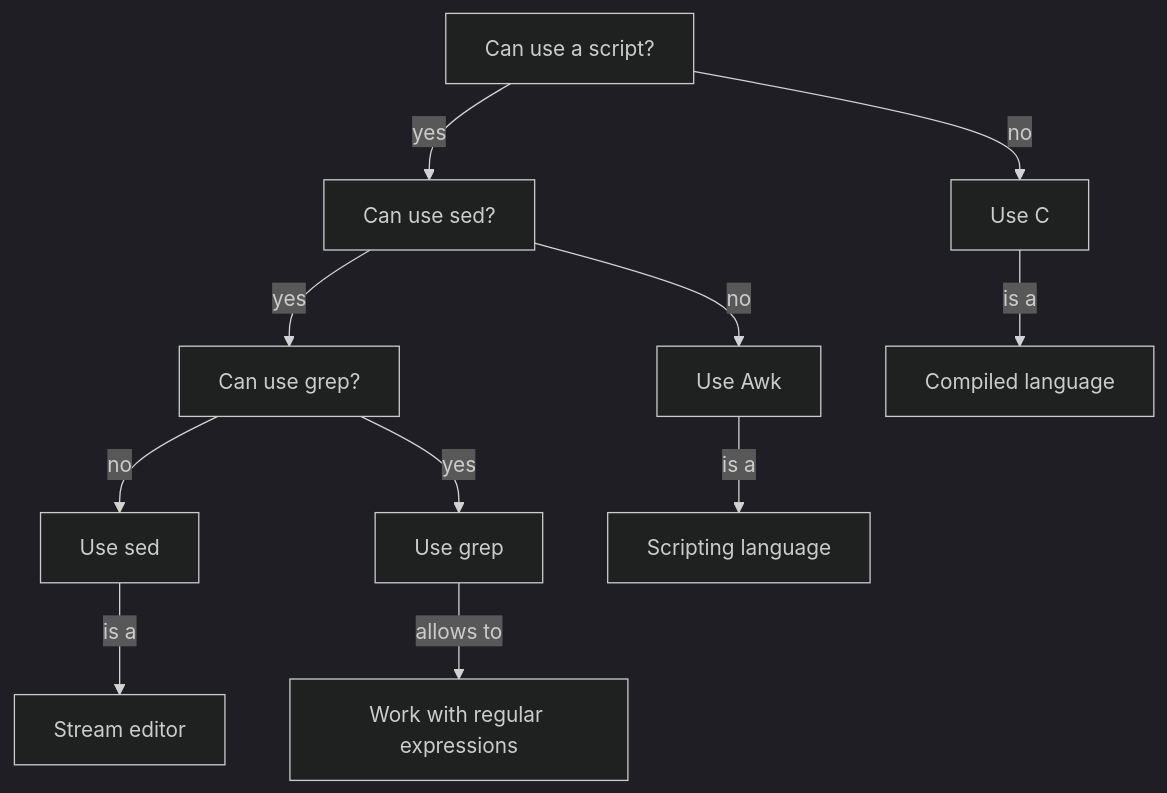
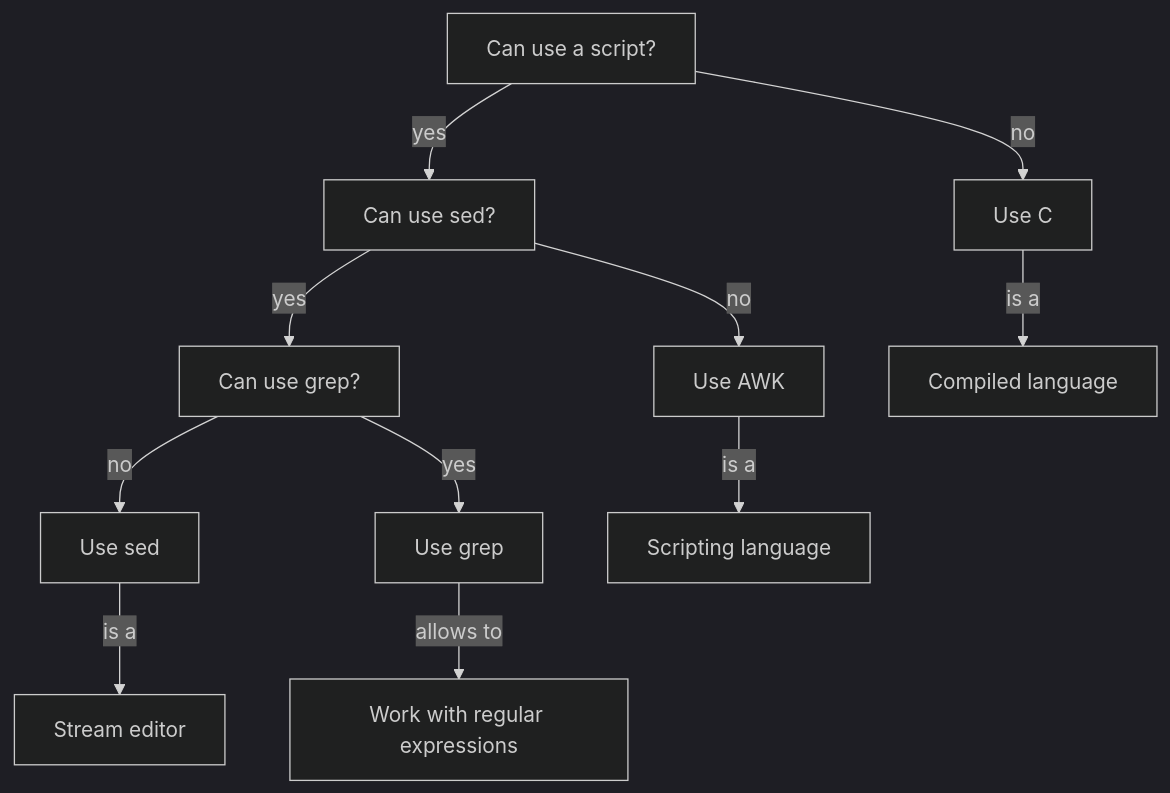
The diagram in docs/morning_session/what_is_awk.md (richelbilderbeek/awk_course), drawn with Mermaid (dark theme) before and after one commit. The commit also changed 6 other files, not shown here.

````diff
--- a/docs/morning_session/what_is_awk.md
+++ b/docs/morning_session/what_is_awk.md
@@ -91,30 +91,30 @@
 ```mermaid
 flowchart TD
 
   can_use_script[Can use a script?]
   can_use_sed[Can use sed?]
   can_use_grep[Can use grep?]
 
-  awk[Use Awk]
+  awk[Use AWK]
   c[Use C]
   sed[Use sed]
   grep[Use grep]
 
   compiled_language[Compiled language]
   scripting_language[Scripting language]
 
   stream_editor[Stream editor]
   work_with_regular_expressions[Work with regular expressions]
 
   awk --> |is a| scripting_language
   c --> |is a| compiled_language
   sed --> |is a| stream_editor
   grep --> |allows to| work_with_regular_expressions
 
   can_use_script --> |no| c
   can_use_script --> |yes| can_use_sed
   can_use_sed --> |no| awk
   can_use_sed --> |yes| can_use_grep
   can_use_grep --> |no| sed
   can_use_grep --> |yes| grep
 ```
````
